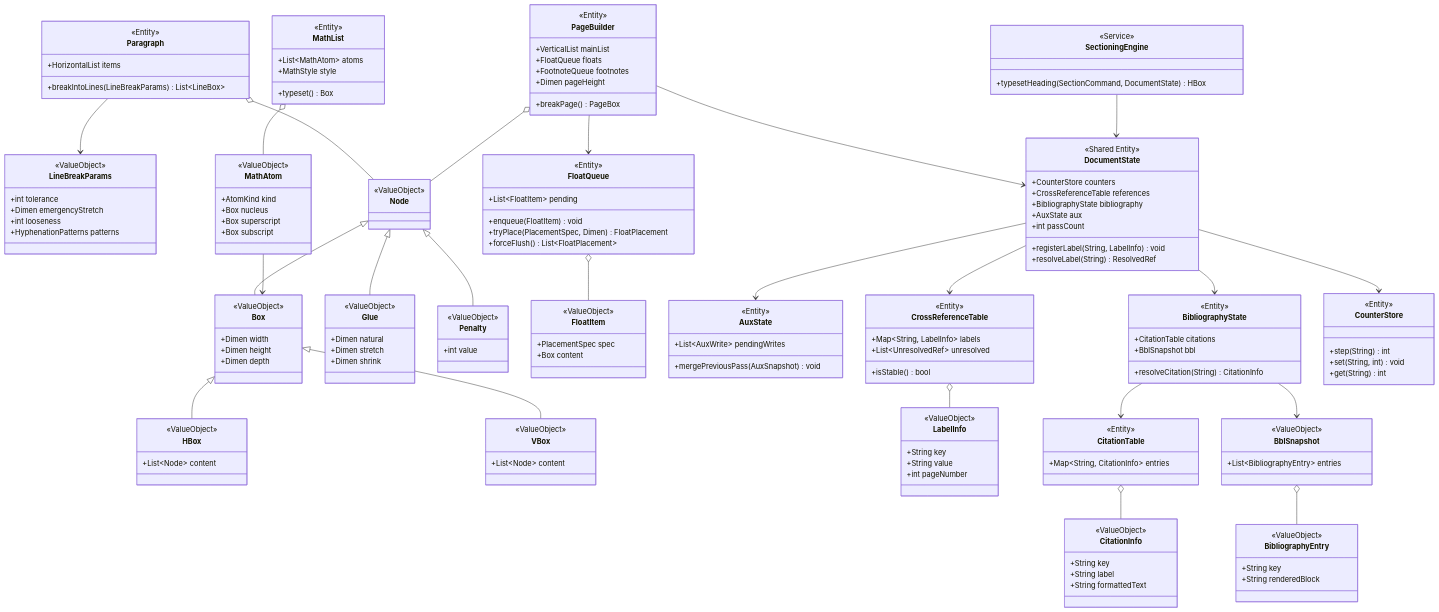
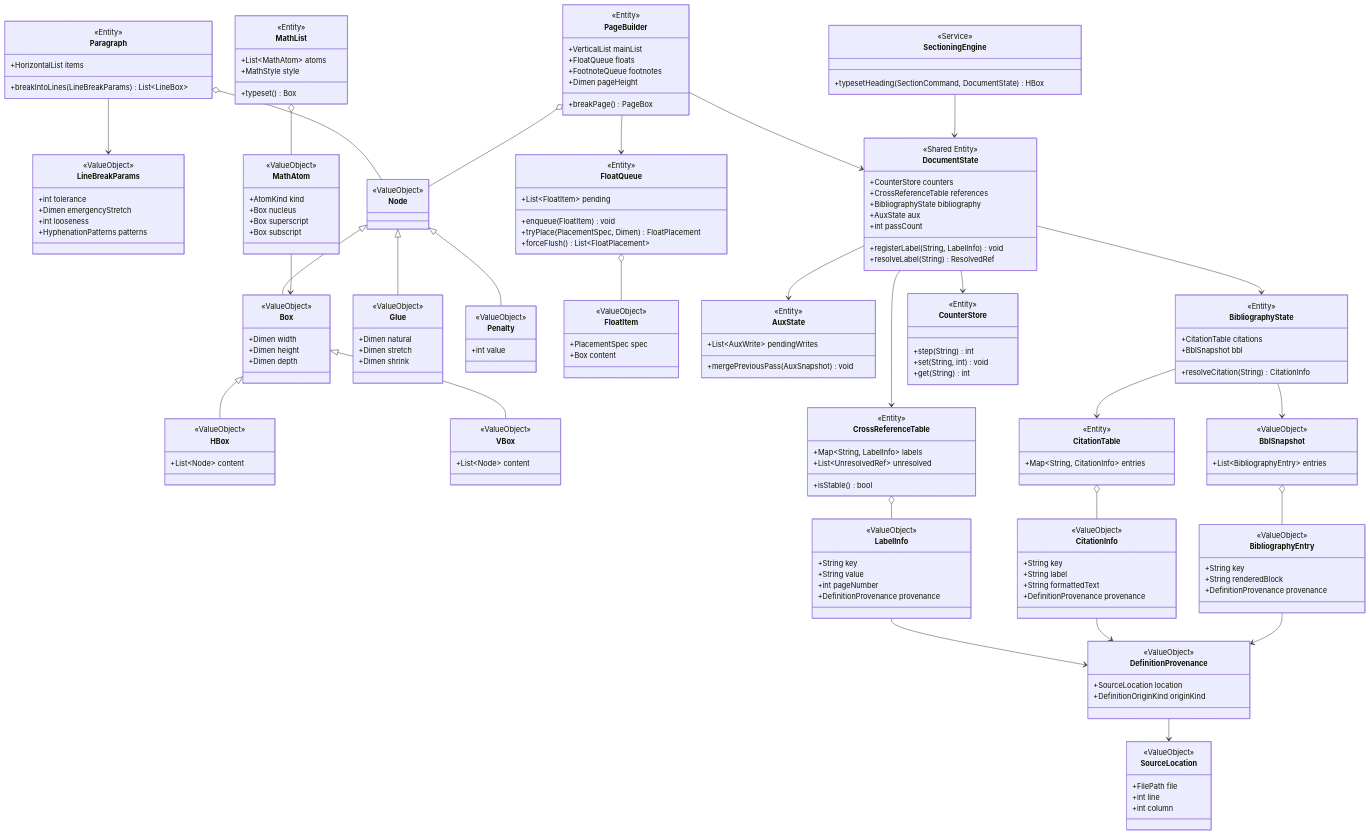
Before and after one commit to RK0429/ferritex: the third of 12 diagrams in docs/domain_model.md, drawn with Mermaid. The commit also changed other lines of this file and 1 other file, not shown here.

````diff
--- a/docs/domain_model.md
+++ b/docs/domain_model.md
@@ -446,6 +470,7 @@
         +String key
         +String value
         +int pageNumber
+        +DefinitionProvenance provenance
     }
     class BibliographyState {
         <<Entity>>
@@ -462,6 +487,7 @@
         +String key
         +String label
         +String formattedText
+        +DefinitionProvenance provenance
     }
     class BblSnapshot {
         <<ValueObject>>
@@ -471,6 +497,18 @@
         <<ValueObject>>
         +String key
         +String renderedBlock
+        +DefinitionProvenance provenance
+    }
+    class DefinitionProvenance {
+        <<ValueObject>>
+        +SourceLocation location
+        +DefinitionOriginKind originKind
+    }
+    class SourceLocation {
+        <<ValueObject>>
+        +FilePath file
+        +int line
+        +int column
     }
     class CounterStore {
         <<Entity>>
@@ -502,4 +540,8 @@
     BibliographyState --> BblSnapshot
     CitationTable o-- CitationInfo
     BblSnapshot o-- BibliographyEntry
+    LabelInfo --> DefinitionProvenance
+    CitationInfo --> DefinitionProvenance
+    BibliographyEntry --> DefinitionProvenance
+    DefinitionProvenance --> SourceLocation
 ```
````
